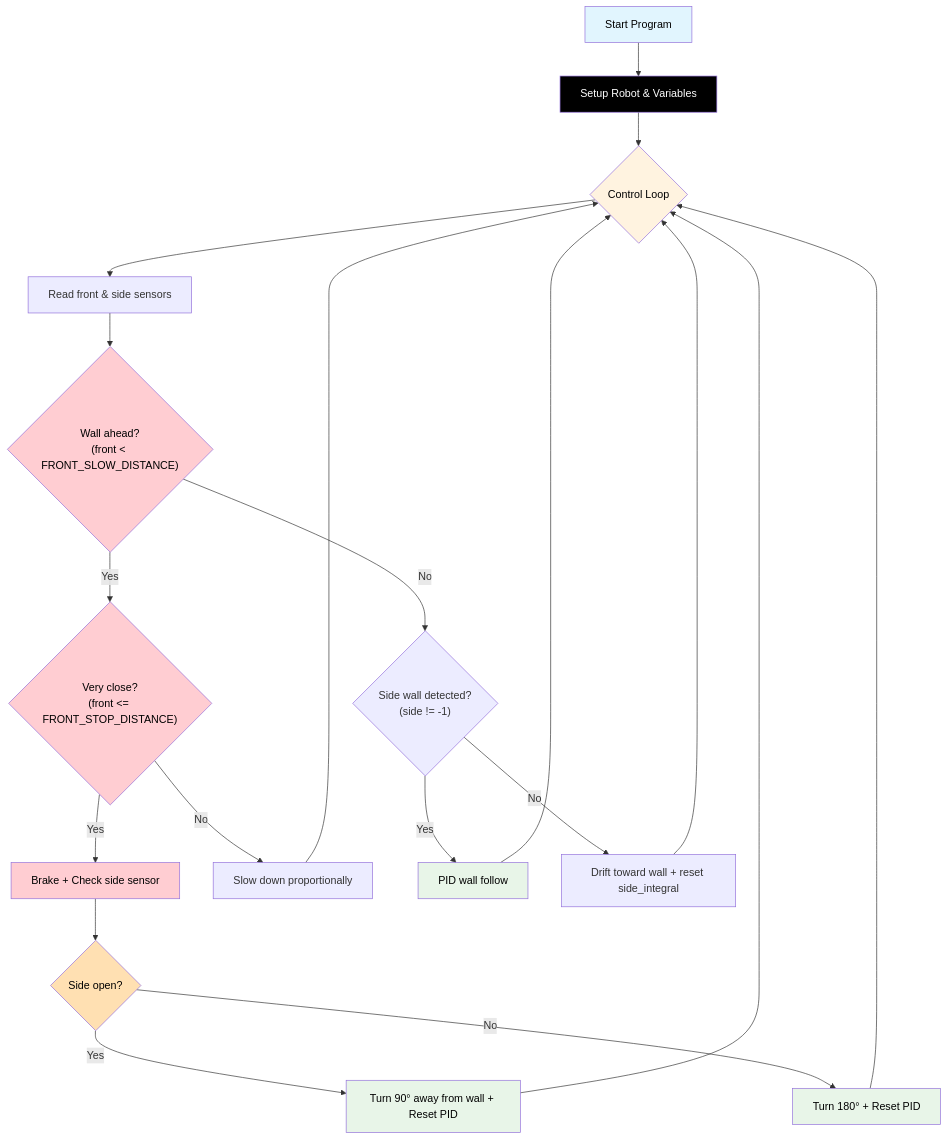
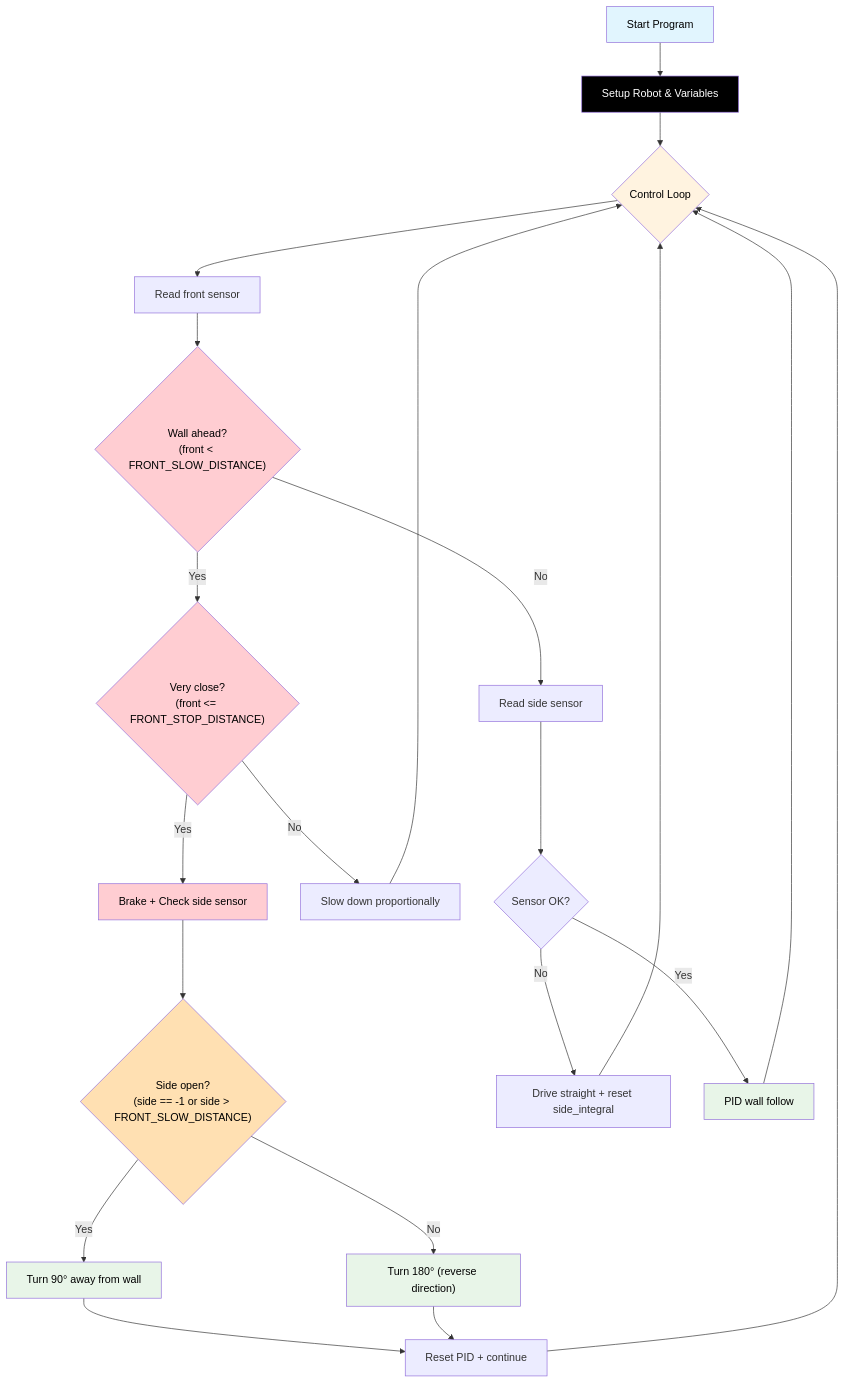
One commit to TempeHS/RP2040_Competition_Robot changed the diagram in docs/Challenge_6.md. Above: the diagram before and after it, drawn with Mermaid. The commit also changed other lines of this file and 26 other files, not shown here.

````diff
--- a/docs/Challenge_6.md
+++ b/docs/Challenge_6.md
@@ -29,32 +29,34 @@
 ```mermaid
 flowchart TD
     A[Start Program] --> B[Setup Robot & Variables]
     B --> C{Control Loop}
-    C --> D[Read front & side sensors]
+    C --> D[Read front sensor]
     D --> E{"Wall ahead?<br>(front < FRONT_SLOW_DISTANCE)"}
     E -- Yes --> F{"Very close?<br>(front <= FRONT_STOP_DISTANCE)"}
     F -- Yes --> G[Brake + Check side sensor]
-    G --> H{"Side open?"}
-    H -- Yes --> I["Turn 90° away from wall + Reset PID"]
-    H -- No --> J["Turn 180° + Reset PID"]
-    I --> C
-    J --> C
-    F -- No --> K["Slow down proportionally"]
+    G --> H{"Side open?<br>(side == -1 or side > FRONT_SLOW_DISTANCE)"}
+    H -- Yes --> I["Turn 90° away from wall"]
+    H -- No --> J["Turn 180° (reverse direction)"]
+    I --> K[Reset PID + continue]
+    J --> K
     K --> C
-    E -- No --> L{"Side wall detected?<br>(side != -1)"}
-    L -- Yes --> M[PID wall follow]
-    M --> C
-    L -- No --> N["Drift toward wall + reset side_integral"]
-    N --> C
+    F -- No --> L["Slow down proportionally"]
+    L --> C
+    E -- No --> M[Read side sensor]
+    M --> N{Sensor OK?}
+    N -- No --> O[Drive straight + reset side_integral]
+    O --> C
+    N -- Yes --> P[PID wall follow]
+    P --> C
 
     style A fill:#e1f5fe,color:#000000
     style B fill:#000000,color:#ffffff
     style C fill:#fff3e0,color:#000000
     style E fill:#ffcdd2,color:#000000
     style F fill:#ffcdd2,color:#000000
     style G fill:#ffcdd2,color:#000000
     style H fill:#ffe0b2,color:#000000
     style I fill:#e8f5e8,color:#000000
     style J fill:#e8f5e8,color:#000000
-    style M fill:#e8f5e8,color:#000000
+    style P fill:#e8f5e8,color:#000000
 ```
````
